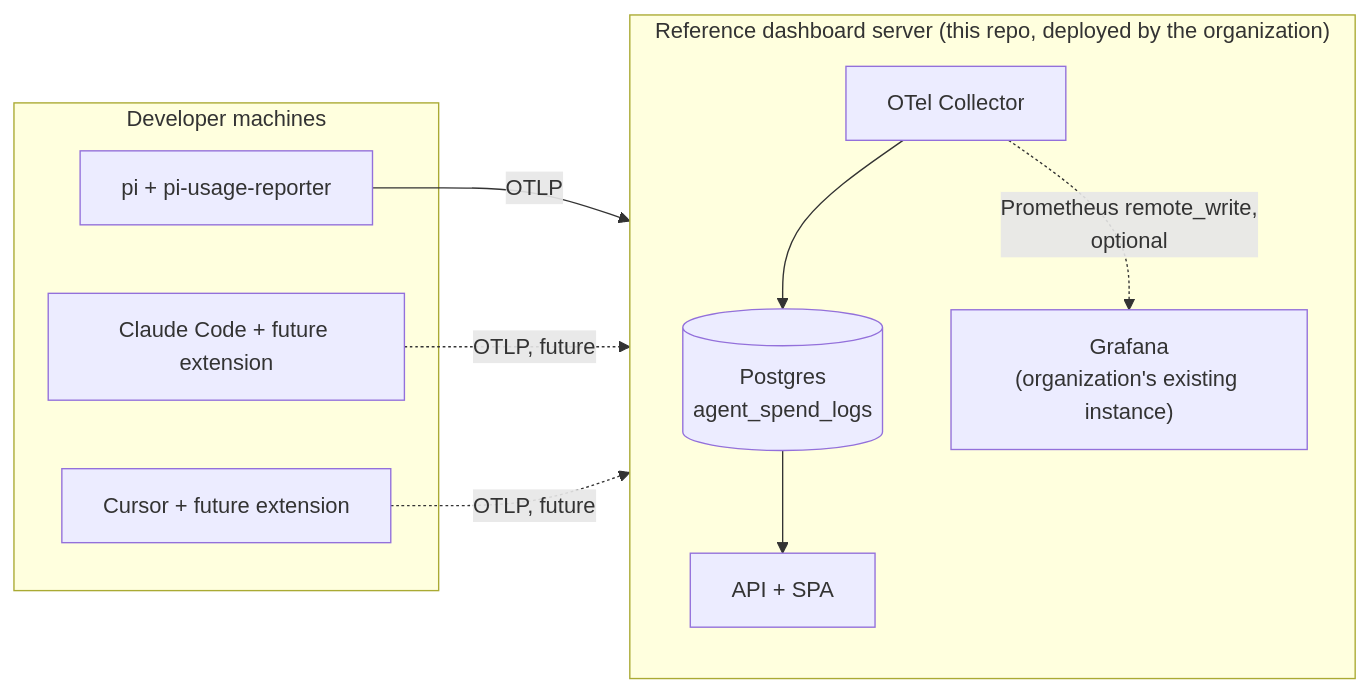
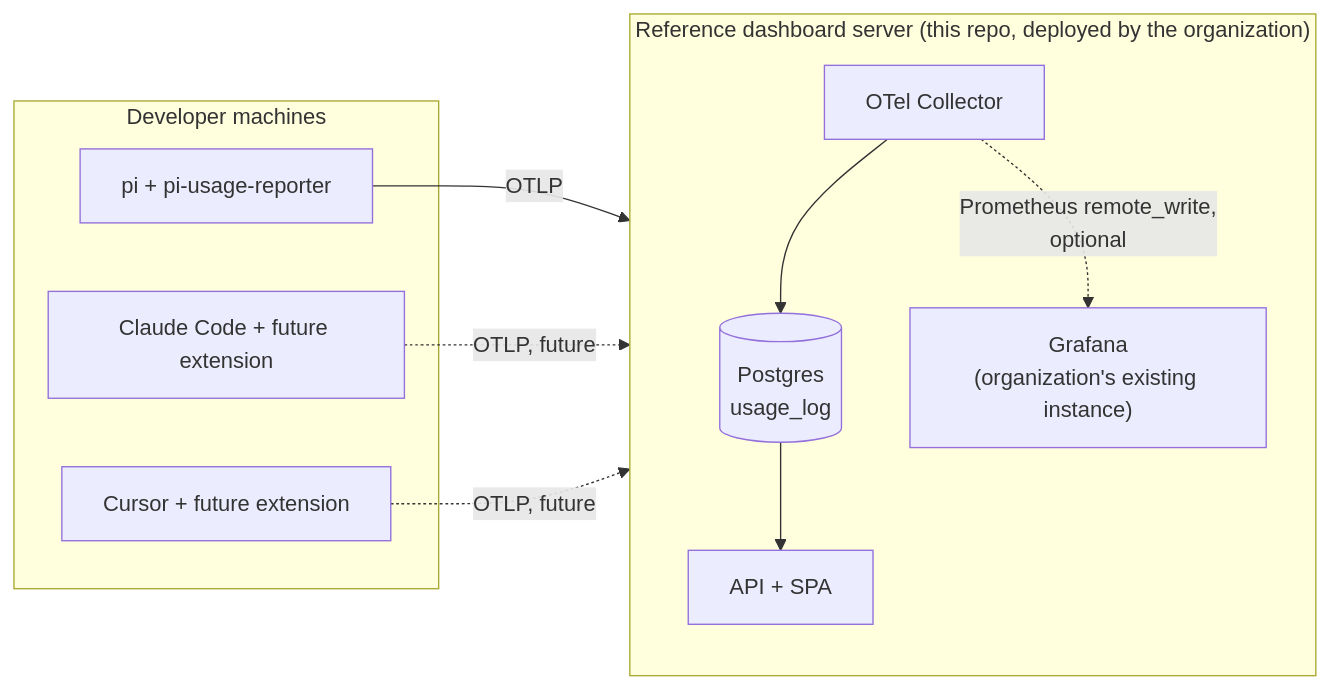
One commit to vilosource/agent-spend-dashboard changed the first of 2 diagrams in README.md. Above: the diagram before and after it, drawn with Mermaid. The commit also changed other lines of this file and 26 other files, not shown here.

````diff
--- a/README.md
+++ b/README.md
@@ -78,24 +78,24 @@
 ```mermaid
 flowchart LR
   subgraph dev["Developer machines"]
     pi["pi + pi-usage-reporter"]
     cc["Claude Code + future extension"]
     cur["Cursor + future extension"]
   end
 
   subgraph deploy["Reference dashboard server (this repo, deployed by the organization)"]
     direction TB
     col["OTel Collector"]
-    pg[("Postgres<br/>agent_spend_logs")]
+    pg[("Postgres<br/>usage_log")]
     api["API + SPA"]
     graf["Grafana<br/>(organization's existing instance)"]
 
     col --> pg
     pg --> api
     col -.->|Prometheus remote_write,<br/>optional| graf
   end
 
   pi  -->|OTLP| col
   cc  -.->|OTLP, future| col
   cur -.->|OTLP, future| col
 ```
````
